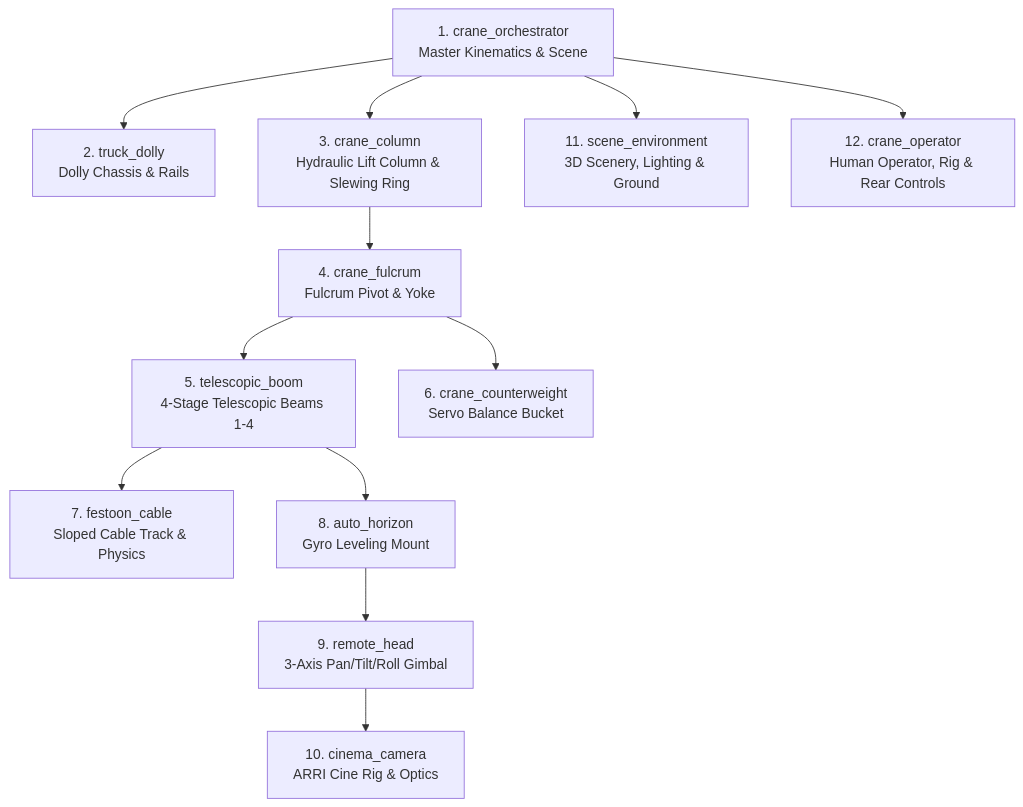
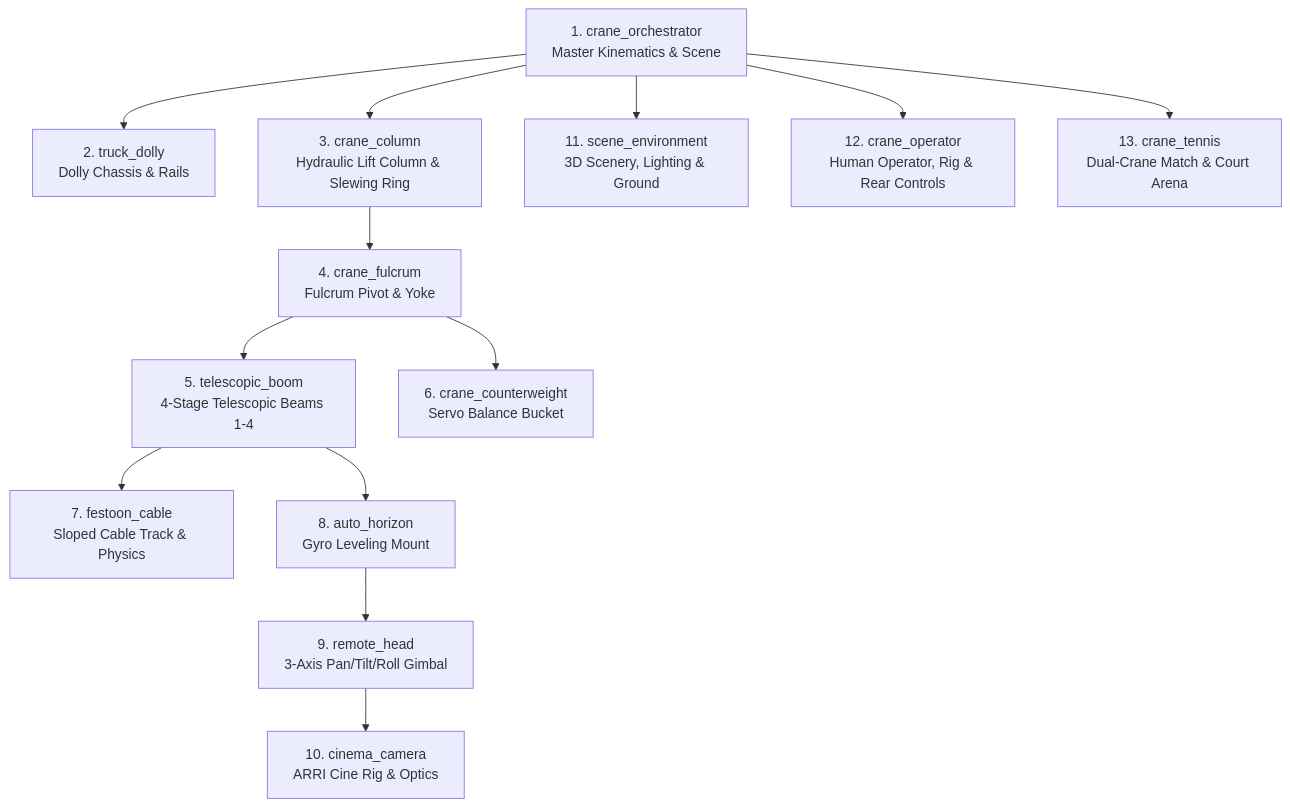
The diagram in AGENTS.md (Rocal007/headings_3d), drawn with Mermaid before and after one commit. The commit also changed other lines of this file and 5 other files, not shown here.

Commit message:
feat(tennis): enhance crane tennis simulation with modular racket payload, H2H statistics, and tactical matrix

````diff
--- a/AGENTS.md
+++ b/AGENTS.md
@@ -10,14 +10,15 @@
 ```mermaid
 graph TD
     Orchestrator[1. crane_orchestrator<br/>Master Kinematics & Scene] --> Dolly[2. truck_dolly<br/>Dolly Chassis & Rails]
     Orchestrator --> Column[3. crane_column<br/>Hydraulic Lift Column & Slewing Ring]
     Column --> Fulcrum[4. crane_fulcrum<br/>Fulcrum Pivot & Yoke]
     Fulcrum --> Boom[5. telescopic_boom<br/>4-Stage Telescopic Beams 1-4]
     Fulcrum --> Counterweight[6. crane_counterweight<br/>Servo Balance Bucket]
     Boom --> Festoon[7. festoon_cable<br/>Sloped Cable Track & Physics]
     Boom --> Horizon[8. auto_horizon<br/>Gyro Leveling Mount]
     Horizon --> Head[9. remote_head<br/>3-Axis Pan/Tilt/Roll Gimbal]
     Head --> Camera[10. cinema_camera<br/>ARRI Cine Rig & Optics]
     Orchestrator --> Scenery[11. scene_environment<br/>3D Scenery, Lighting & Ground]
     Orchestrator --> Operator[12. crane_operator<br/>Human Operator, Rig & Rear Controls]
+    Orchestrator --> Tennis[13. crane_tennis<br/>Dual-Crane Match & Court Arena]
 ```
````
